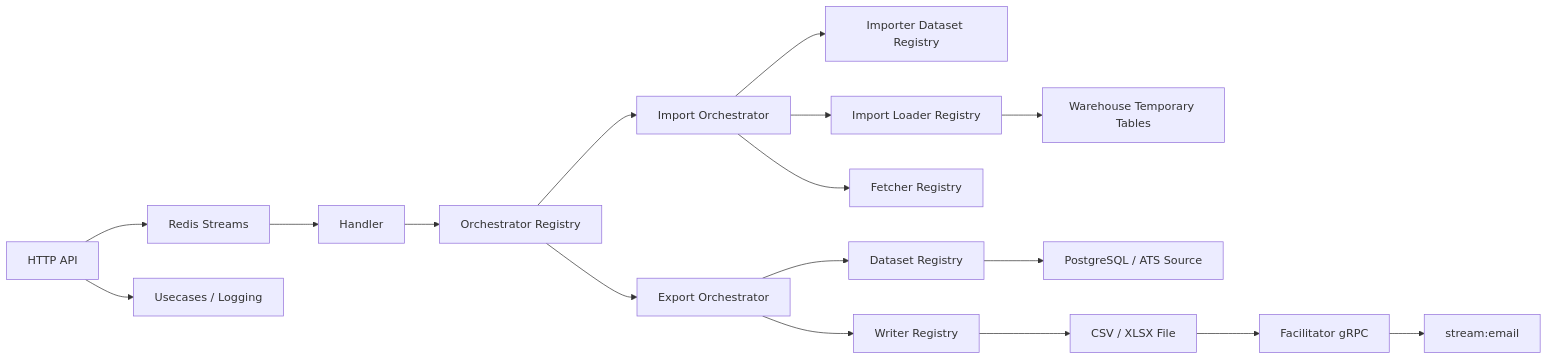
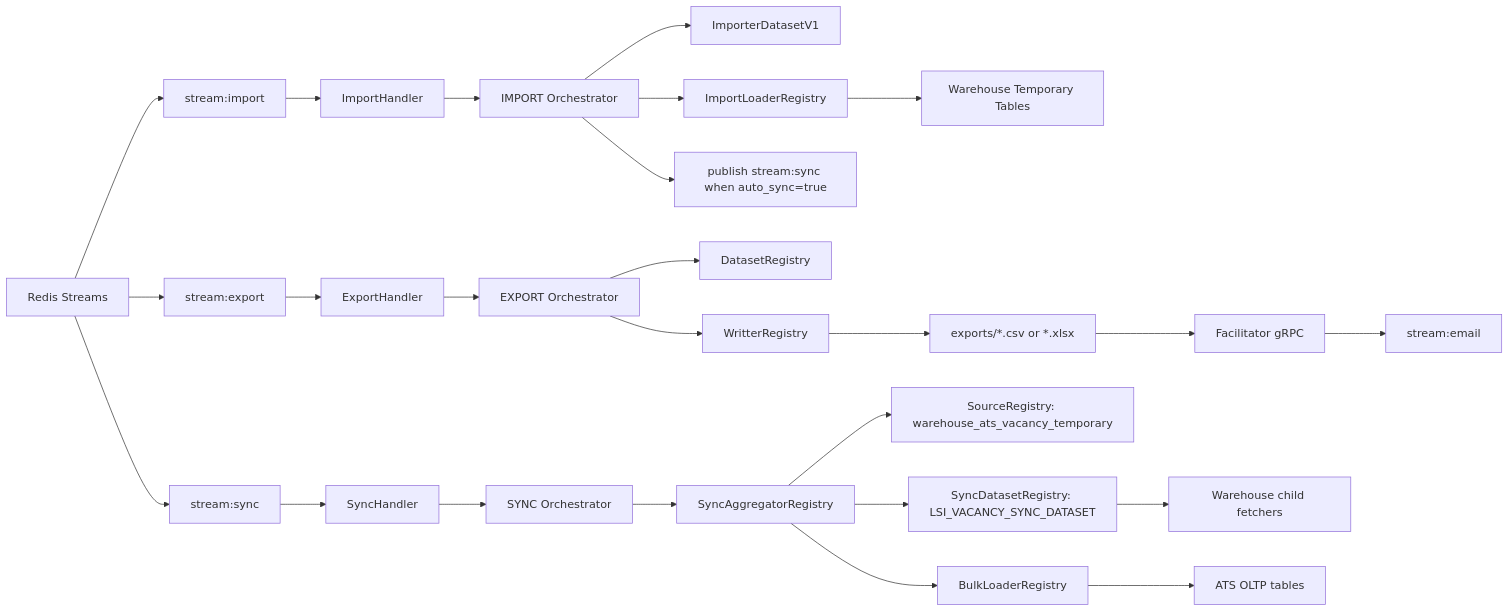
One commit to YourMasterIsFool/worker-exporter changed the first of 3 diagrams in ARCHITECTURE.MD. Above: the diagram before and after it, drawn with Mermaid. The commit also changed other lines of this file and 2 other files, not shown here.

Commit message:
feat(WORKER-TECHS-4717): adding logging_id into import oltp

````diff
--- a/ARCHITECTURE.MD
+++ b/ARCHITECTURE.MD
@@ -32,22 +19,32 @@
 ```mermaid
 flowchart LR
-    A["Redis Streams"] --> B["Handler"]
-    B --> C["Orchestrator Registry"]
-    C --> D["Import Orchestrator"]
-    C --> E["Export Orchestrator"]
+    Redis["Redis Streams"] --> ImportStream["stream:import"]
+    Redis --> ExportStream["stream:export"]
+    Redis --> SyncStream["stream:sync"]
 
-    D --> F["Importer Dataset Registry"]
-    D --> G["Import Loader Registry"]
-    D --> H["Fetcher Registry"]
-    G --> I["Warehouse Temporary Tables"]
+    ImportStream --> ImportHandler["ImportHandler"]
+    ExportStream --> ExportHandler["ExportHandler"]
+    SyncStream --> SyncHandler["SyncHandler"]
 
-    E --> J["Dataset Registry"]
-    E --> K["Writer Registry"]
-    J --> L["PostgreSQL / ATS Source"]
-    K --> M["CSV / XLSX File"]
-    M --> N["Facilitator gRPC"]
-    N --> O["stream:email"]
+    ImportHandler --> ImportOrch["IMPORT Orchestrator"]
+    ExportHandler --> ExportOrch["EXPORT Orchestrator"]
+    SyncHandler --> SyncOrch["SYNC Orchestrator"]
 
-    P["HTTP API"] --> A
-    P --> Q["Usecases / Logging"]
+    ImportOrch --> ImportDataset["ImporterDatasetV1"]
+    ImportOrch --> ImportLoader["ImportLoaderRegistry"]
+    ImportLoader --> WarehouseTmp["Warehouse Temporary Tables"]
+    ImportOrch --> AutoSync["publish stream:sync when auto_sync=true"]
+
+    ExportOrch --> ExportDataset["DatasetRegistry"]
+    ExportOrch --> Writer["WritterRegistry"]
+    Writer --> File["exports/*.csv or *.xlsx"]
+    File --> Facilitator["Facilitator gRPC"]
+    Facilitator --> EmailStream["stream:email"]
+
+    SyncOrch --> SyncAggregator["SyncAggregatorRegistry"]
+    SyncAggregator --> MasterSource["SourceRegistry: warehouse_ats_vacancy_temporary"]
+    SyncAggregator --> SyncDataset["SyncDatasetRegistry: LSI_VACANCY_SYNC_DATASET"]
+    SyncDataset --> ChildFetchers["Warehouse child fetchers"]
+    SyncAggregator --> BulkLoaders["BulkLoaderRegistry"]
+    BulkLoaders --> AtsOltp["ATS OLTP tables"]
 ```
````
